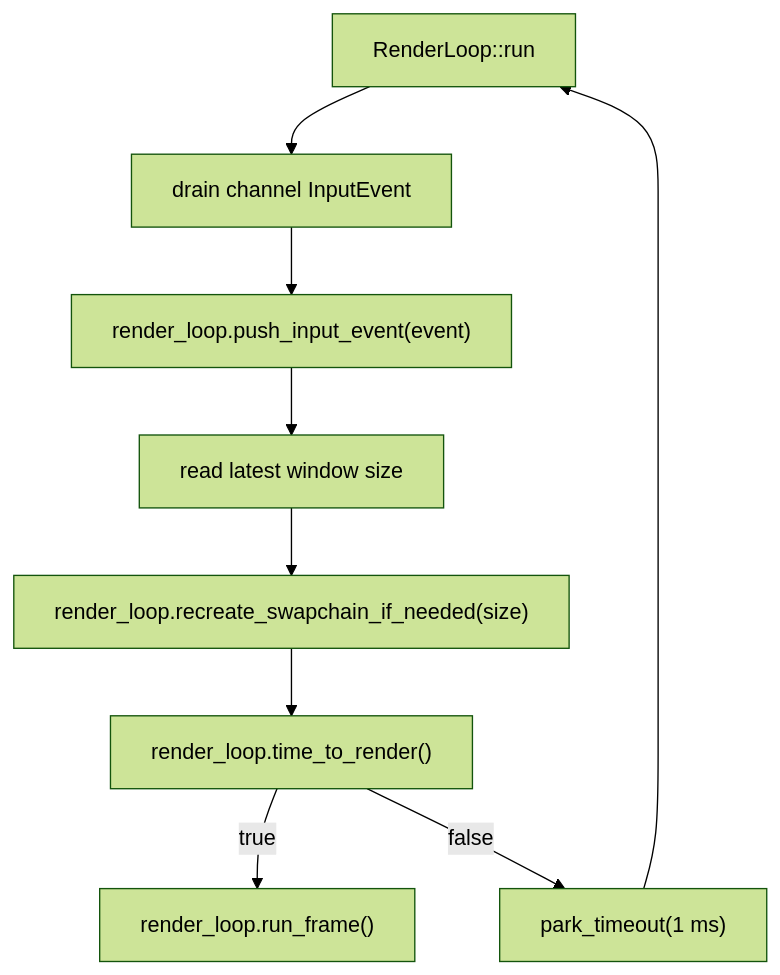
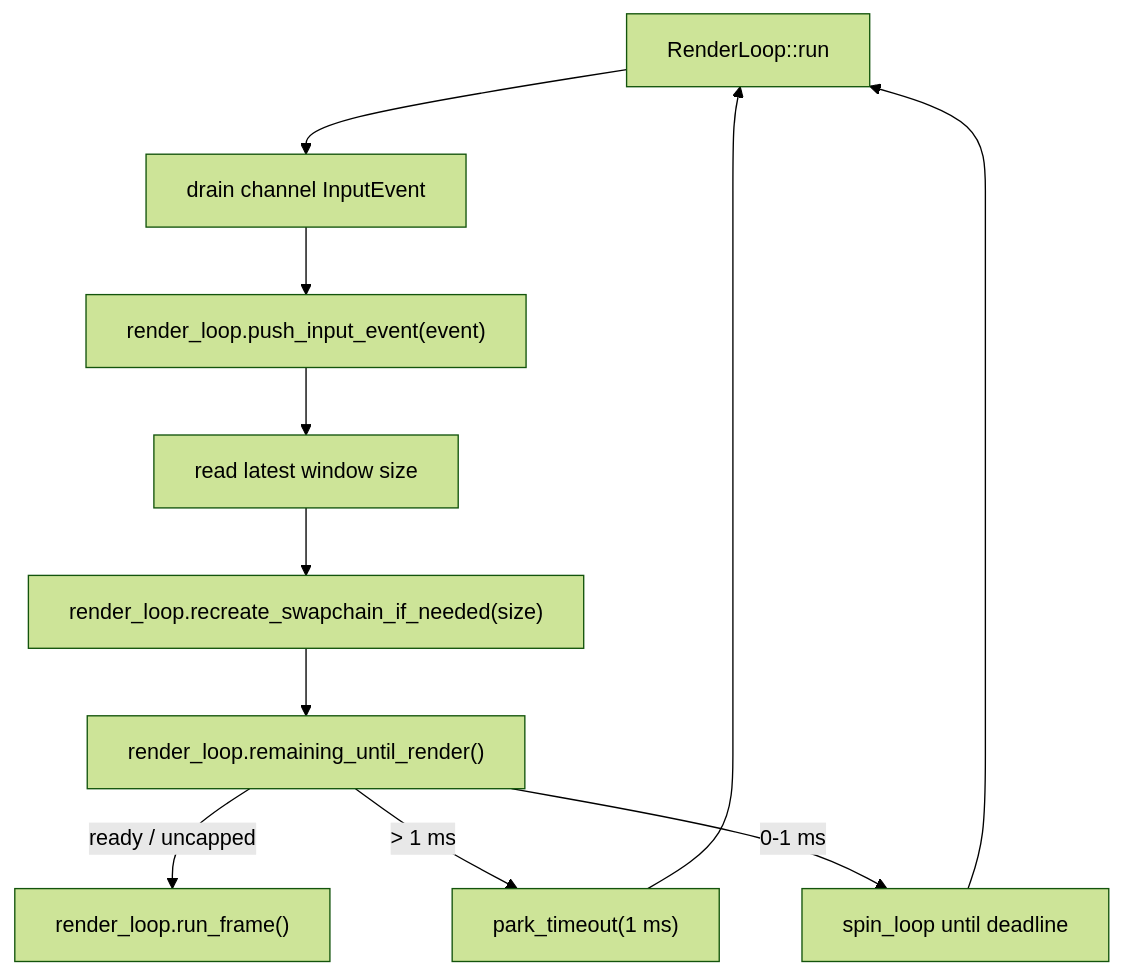
Before and after one commit to acccoco/TruvisRenderer: the third of 5 diagrams in docs/summaries/frame-lifecycle.md, drawn with Mermaid (forest theme). The commit also changed other lines of this file and 6 other files, not shown here.

Commit message:
[update/engine] 使用 park 与 spin 优化软件限帧

````diff
--- a/docs/summaries/frame-lifecycle.md
+++ b/docs/summaries/frame-lifecycle.md
@@ -67,11 +67,13 @@
 ```mermaid
 flowchart TD
     RenderLoop["RenderLoop::run"] --> DrainInput["drain channel InputEvent"]
     DrainInput --> PushInput["render_loop.push_input_event(event)"]
     PushInput --> ReadSize["read latest window size"]
     ReadSize --> RecreateSwapchain["render_loop.recreate_swapchain_if_needed(size)"]
-    RecreateSwapchain --> TimeToRender["render_loop.time_to_render()"]
-    TimeToRender -->|"true"| RunFrame["render_loop.run_frame()"]
-    TimeToRender -->|"false"| ShortPoll["park_timeout(1 ms)"]
+    RecreateSwapchain --> Remaining["render_loop.remaining_until_render()"]
+    Remaining -->|"ready / uncapped"| RunFrame["render_loop.run_frame()"]
+    Remaining -->|"> 1 ms"| ShortPoll["park_timeout(1 ms)"]
+    Remaining -->|"0-1 ms"| BoundedSpin["spin_loop until deadline"]
     ShortPoll --> RenderLoop
+    BoundedSpin --> RenderLoop
 ```
````
